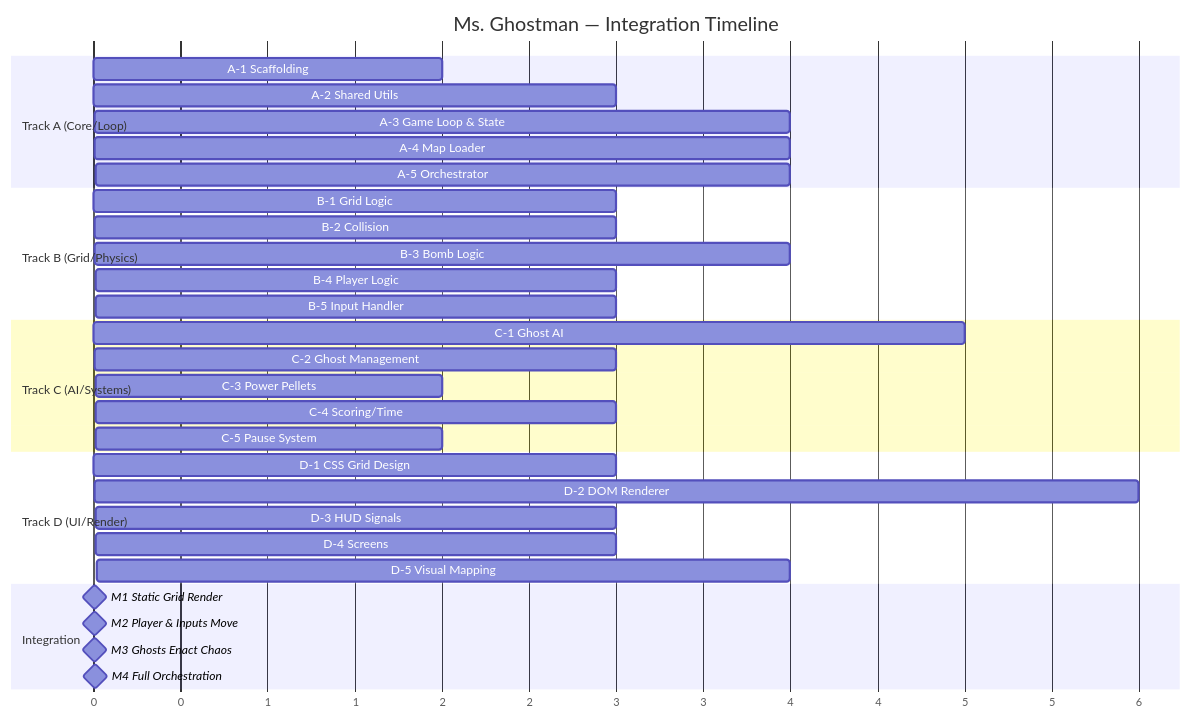
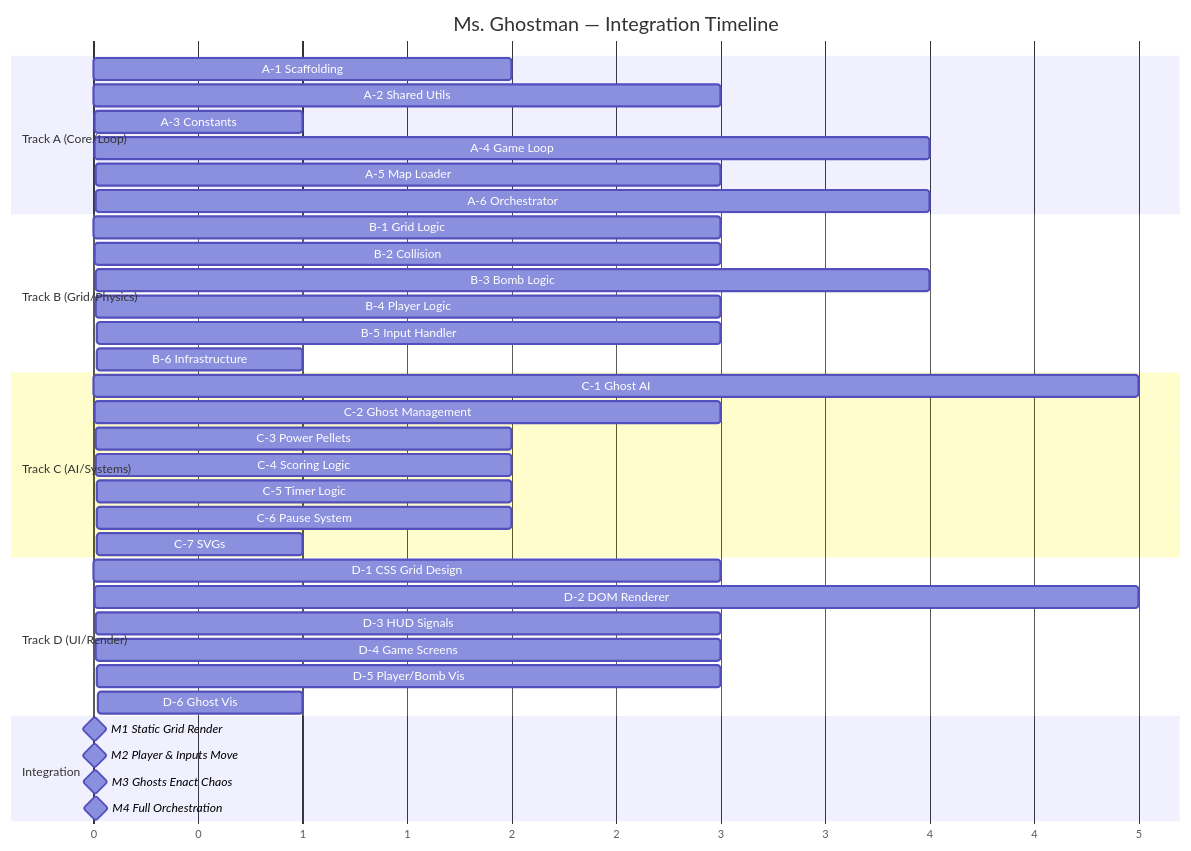
The second of 2 diagrams in docs/implementation-plan.md (ertval/make-your-game), drawn with Mermaid before and after one commit. The commit also changed other lines of this file, not shown here.

````diff
--- a/docs/implementation-plan.md
+++ b/docs/implementation-plan.md
@@ -319,40 +414,45 @@
 ```mermaid
 gantt
     title Ms. Ghostman — Integration Timeline
     dateFormat  X
     axisFormat %s
 
     section Track A (Core/Loop)
     A-1 Scaffolding         :a1, 0, 2
     A-2 Shared Utils        :a2, 2, 3
-    A-3 Game Loop & State   :a3, 5, 4
-    A-4 Map Loader          :a4, 9, 4
-    A-5 Orchestrator        :a5, 13, 4
+    A-3 Constants           :a3, 5, 1
+    A-4 Game Loop           :a4, 6, 4
+    A-5 Map Loader          :a5, 10, 3
+    A-6 Orchestrator        :a6, 13, 4
 
     section Track B (Grid/Physics)
     B-1 Grid Logic          :b1, 2, 3
     B-2 Collision           :b2, 5, 3
     B-3 Bomb Logic          :b3, 8, 4
     B-4 Player Logic        :b4, 12, 3
     B-5 Input Handler       :b5, 15, 3
+    B-6 Infrastructure      :b6, 18, 1
 
     section Track C (AI/Systems)
     C-1 Ghost AI            :c1, 2, 5
     C-2 Ghost Management    :c2, 7, 3
     C-3 Power Pellets       :c3, 10, 2
-    C-4 Scoring/Time        :c4, 12, 3
-    C-5 Pause System        :c5, 15, 2
+    C-4 Scoring Logic       :c4, 12, 2
+    C-5 Timer Logic         :c5, 14, 2
+    C-6 Pause System        :c6, 16, 2
+    C-7 SVGs                :c7, 18, 1
 
     section Track D (UI/Render)
     D-1 CSS Grid Design     :d1, 2, 3
-    D-2 DOM Renderer        :d2, 5, 6
-    D-3 HUD Signals         :d3, 11, 3
-    D-4 Screens             :d4, 14, 3
-    D-5 Visual Mapping      :d5, 17, 4
+    D-2 DOM Renderer        :d2, 5, 5
+    D-3 HUD Signals         :d3, 10, 3
+    D-4 Game Screens        :d4, 13, 3
+    D-5 Player/Bomb Vis     :d5, 16, 3
+    D-6 Ghost Vis           :d6, 19, 1
 
     section Integration
     M1 Static Grid Render   :milestone, m1, 10, 0
     M2 Player & Inputs Move :milestone, m2, 13, 0
-    M3 Ghosts Enact Chaos   :milestone, m3, 15, 0
-    M4 Full Orchestration   :milestone, m4, 18, 0
+    M3 Ghosts Enact Chaos   :milestone, m3, 16, 0
+    M4 Full Orchestration   :milestone, m4, 19, 0
 ```
````
